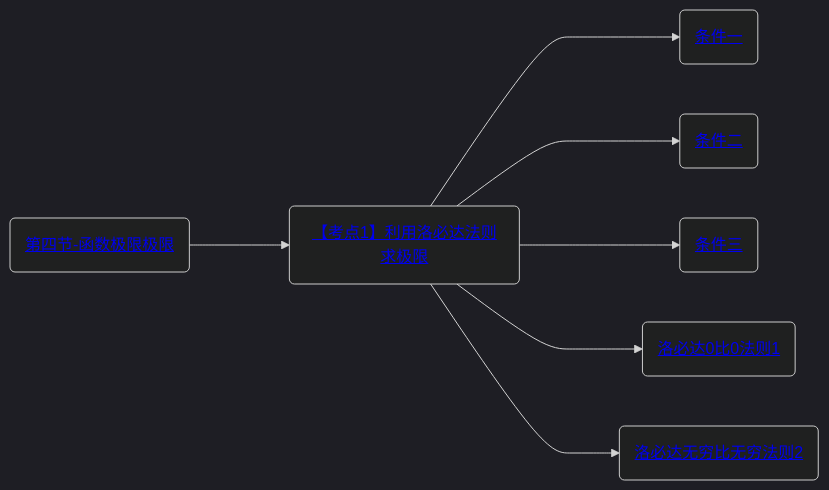
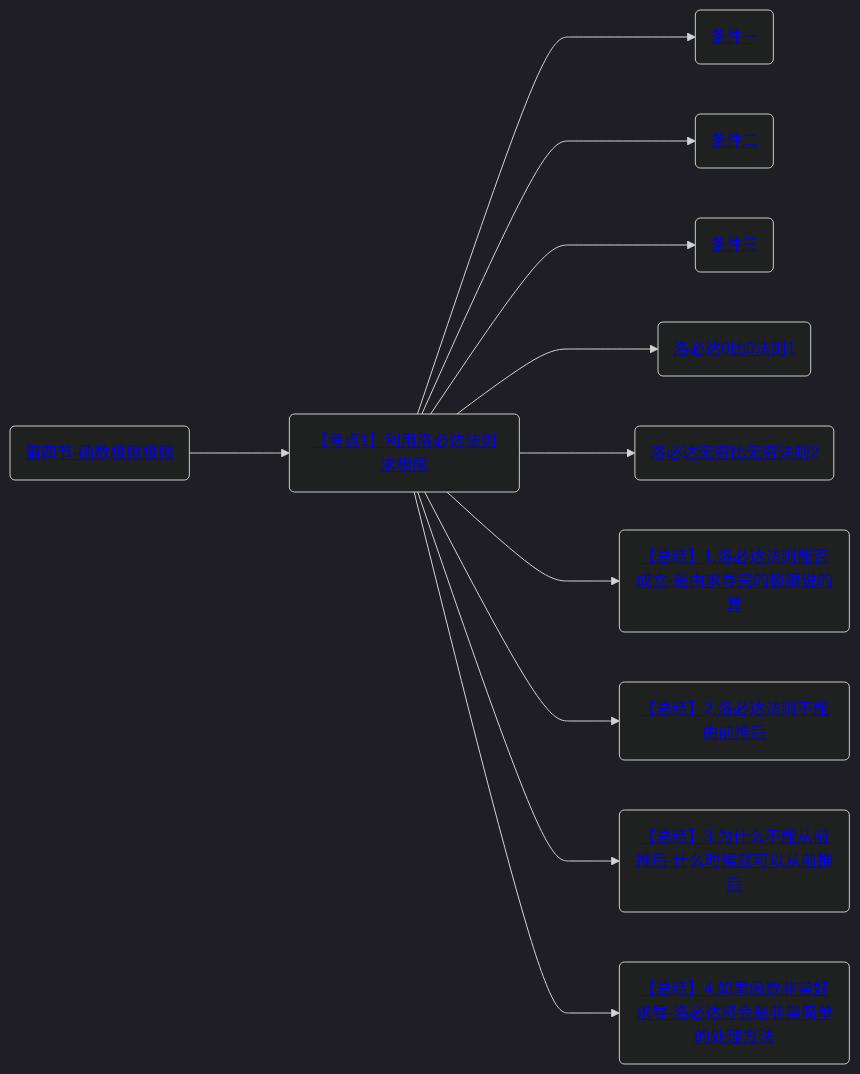
One commit to yuebinghui/note changed the fourth of 4 diagrams in 笔记/数学/周洋鑫/01.基础班思维导图.md. Above: the diagram before and after it, drawn with Mermaid (dark theme). The commit also changed 6 other files, not shown here.

````diff
--- a/笔记/数学/周洋鑫/01.基础班思维导图.md
+++ b/笔记/数学/周洋鑫/01.基础班思维导图.md
@@ -120,13 +120,17 @@
 ```mermaid
 graph LR
 
 第四节-函数极限极限(<a href="/Users/yuebinghui/Documents/program/github/note/笔记/数学/周洋鑫/基础班/04.四则运算-拉格朗日及函数极限计算.md#第四节-函数极限极限">第四节-函数极限极限</>)
 
 第四节-函数极限极限--->利用洛必达法则求极限(<a href="/Users/yuebinghui/Documents/program/github/note/笔记/数学/周洋鑫/基础班/04.四则运算-拉格朗日及函数极限计算.md#利用洛必达法则求极限">【考点1】利用洛必达法则求极限</>)
 利用洛必达法则求极限--->条件一(<a href="/Users/yuebinghui/Documents/program/github/note/笔记/数学/周洋鑫/基础班/04.四则运算-拉格朗日及函数极限计算.md#条件一">条件一</>)
 利用洛必达法则求极限--->条件二(<a href="/Users/yuebinghui/Documents/program/github/note/笔记/数学/周洋鑫/基础班/04.四则运算-拉格朗日及函数极限计算.md#条件二">条件二</>)
 利用洛必达法则求极限--->条件三(<a href="/Users/yuebinghui/Documents/program/github/note/笔记/数学/周洋鑫/基础班/04.四则运算-拉格朗日及函数极限计算.md#条件三">条件三</>)
 
 利用洛必达法则求极限--->洛必达0比0法则1(<a href="/Users/yuebinghui/Documents/program/github/note/笔记/数学/周洋鑫/基础班/04.四则运算-拉格朗日及函数极限计算.md#洛必达0比0法则1">洛必达0比0法则1</>)
 利用洛必达法则求极限--->洛必达无穷比无穷法则2(<a href="/Users/yuebinghui/Documents/program/github/note/笔记/数学/周洋鑫/基础班/04.四则运算-拉格朗日及函数极限计算.md#洛必达无穷比无穷法则2">洛必达无穷比无穷法则2</>)
+利用洛必达法则求极限--->1.洛必达法则能否成立-是由求导完的极限说的算(<a href="/Users/yuebinghui/Documents/program/github/note/笔记/数学/周洋鑫/基础班/04.四则运算-拉格朗日及函数极限计算.md#1.洛必达法则能否成立-是由求导完的极限说的算">【总结】1.洛必达法则能否成立-是由求导完的极限说的算</>)
+利用洛必达法则求极限--->2.洛必达法则不能由前推后(<a href="/Users/yuebinghui/Documents/program/github/note/笔记/数学/周洋鑫/基础班/04.四则运算-拉格朗日及函数极限计算.md#2.洛必达法则不能由前推后">【总结】2.洛必达法则不能由前推后</>)
+利用洛必达法则求极限--->3.为什么不能从前推后-什么时候就可以从前推后(<a href="/Users/yuebinghui/Documents/program/github/note/笔记/数学/周洋鑫/基础班/04.四则运算-拉格朗日及函数极限计算.md#3.为什么不能从前推后-什么时候就可以从前推后">【总结】3.为什么不能从前推后-什么时候就可以从前推后</>)
+利用洛必达法则求极限--->4.如果函数非常好求导-洛必达将会是非常简单的处理方法(<a href="/Users/yuebinghui/Documents/program/github/note/笔记/数学/周洋鑫/基础班/04.四则运算-拉格朗日及函数极限计算.md#4.如果函数非常好求导-洛必达将会是非常简单的处理方法">【总结】4.如果函数非常好求导-洛必达将会是非常简单的处理方法</>)
 ```
````
